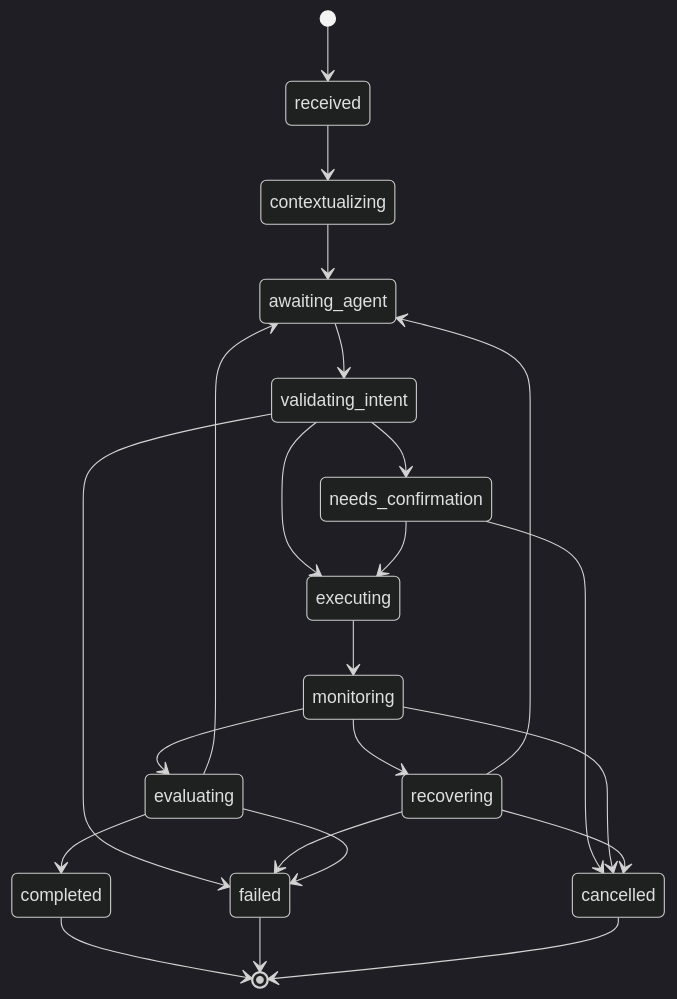
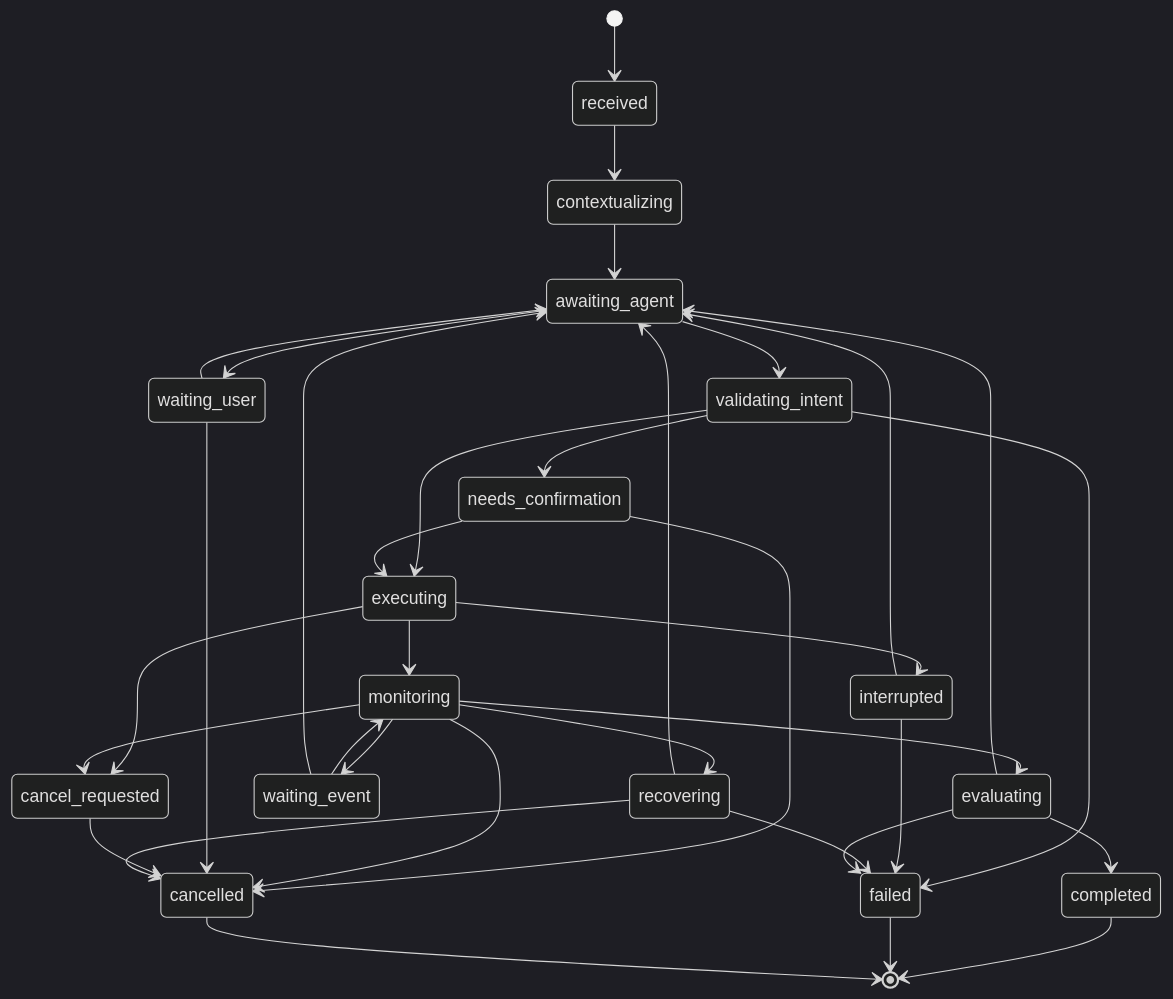
One commit to Xi3Chen/OpenRobotSoul changed the first of 2 diagrams in docs/robot-agent-plan/04-transaction-loop.md. Above: the diagram before and after it, drawn with Mermaid (dark theme). The commit also changed other lines of this file and 36 other files, not shown here.

```diff
--- a/docs/robot-agent-plan/04-transaction-loop.md
+++ b/docs/robot-agent-plan/04-transaction-loop.md
@@ -9,25 +9,37 @@
 ~~~mermaid
 stateDiagram-v2
   [*] --> received
   received --> contextualizing
   contextualizing --> awaiting_agent
   awaiting_agent --> validating_intent
   validating_intent --> executing
   validating_intent --> needs_confirmation
   validating_intent --> failed
   needs_confirmation --> executing
   needs_confirmation --> cancelled
   executing --> monitoring
   monitoring --> evaluating
   monitoring --> recovering
   monitoring --> cancelled
+  monitoring --> waiting_event
+  waiting_event --> monitoring
+  waiting_event --> awaiting_agent
+  awaiting_agent --> waiting_user
+  waiting_user --> awaiting_agent
+  waiting_user --> cancelled
+  executing --> cancel_requested
+  monitoring --> cancel_requested
+  cancel_requested --> cancelled
+  executing --> interrupted
+  interrupted --> awaiting_agent
+  interrupted --> failed
   recovering --> awaiting_agent
   recovering --> failed
   recovering --> cancelled
   evaluating --> completed
   evaluating --> awaiting_agent
   evaluating --> failed
   completed --> [*]
   failed --> [*]
   cancelled --> [*]
 ~~~
```
